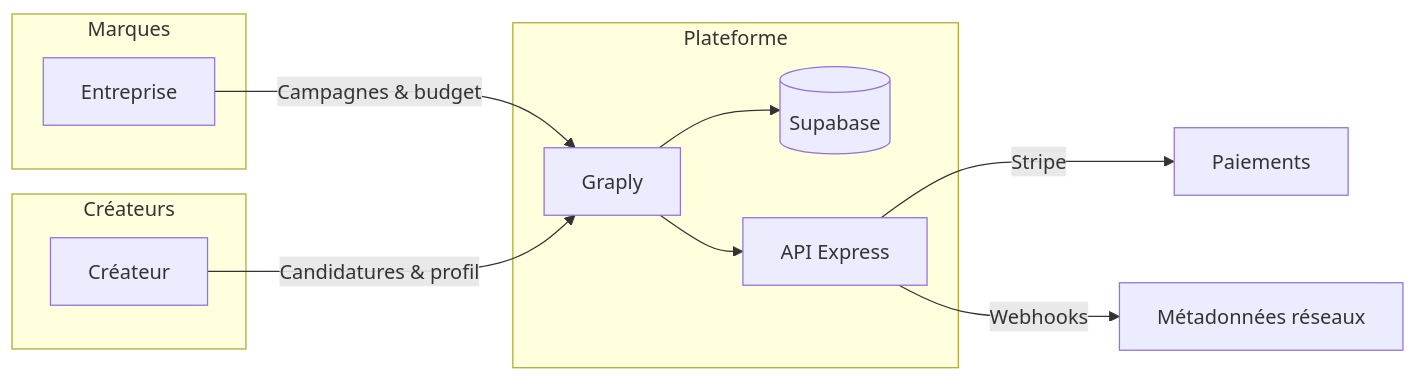
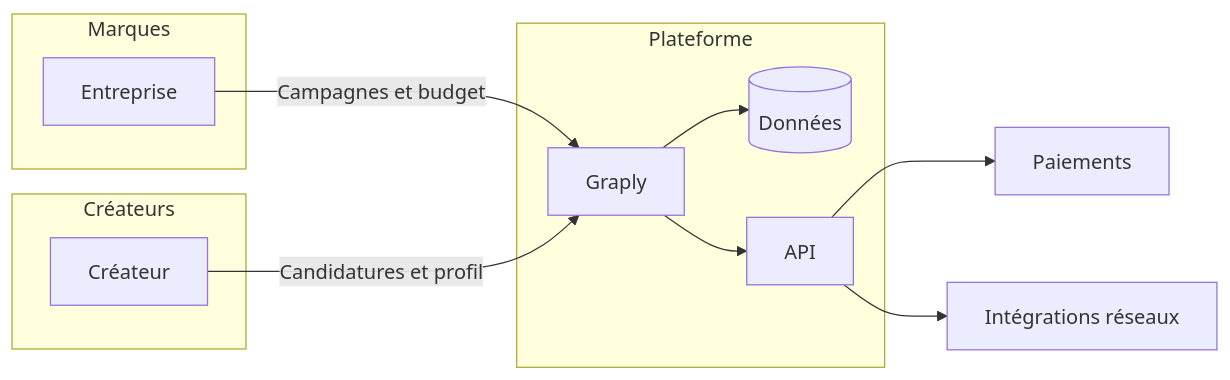
The diagram in README.md (prodige93/Graply), drawn with Mermaid before and after one commit. The commit also changed other lines of this file and 2 other files, not shown here.

````diff
--- a/README.md
+++ b/README.md
@@ -41,20 +41,20 @@
 ```mermaid
 flowchart LR
   subgraph Marques
     M[Entreprise]
   end
   subgraph Plateforme
     G[Graply]
-    DB[(Supabase)]
-    API[API Express]
+    DB[(Données)]
+    API[API]
   end
   subgraph Créateurs
     C[Créateur]
   end
-  M -->|Campagnes & budget| G
-  C -->|Candidatures & profil| G
+  M -->|Campagnes et budget| G
+  C -->|Candidatures et profil| G
   G --> DB
   G --> API
-  API -->|Stripe| P[Paiements]
-  API -->|Webhooks| W[Métadonnées réseaux]
+  API --> P[Paiements]
+  API --> W[Intégrations réseaux]
 ```
````
